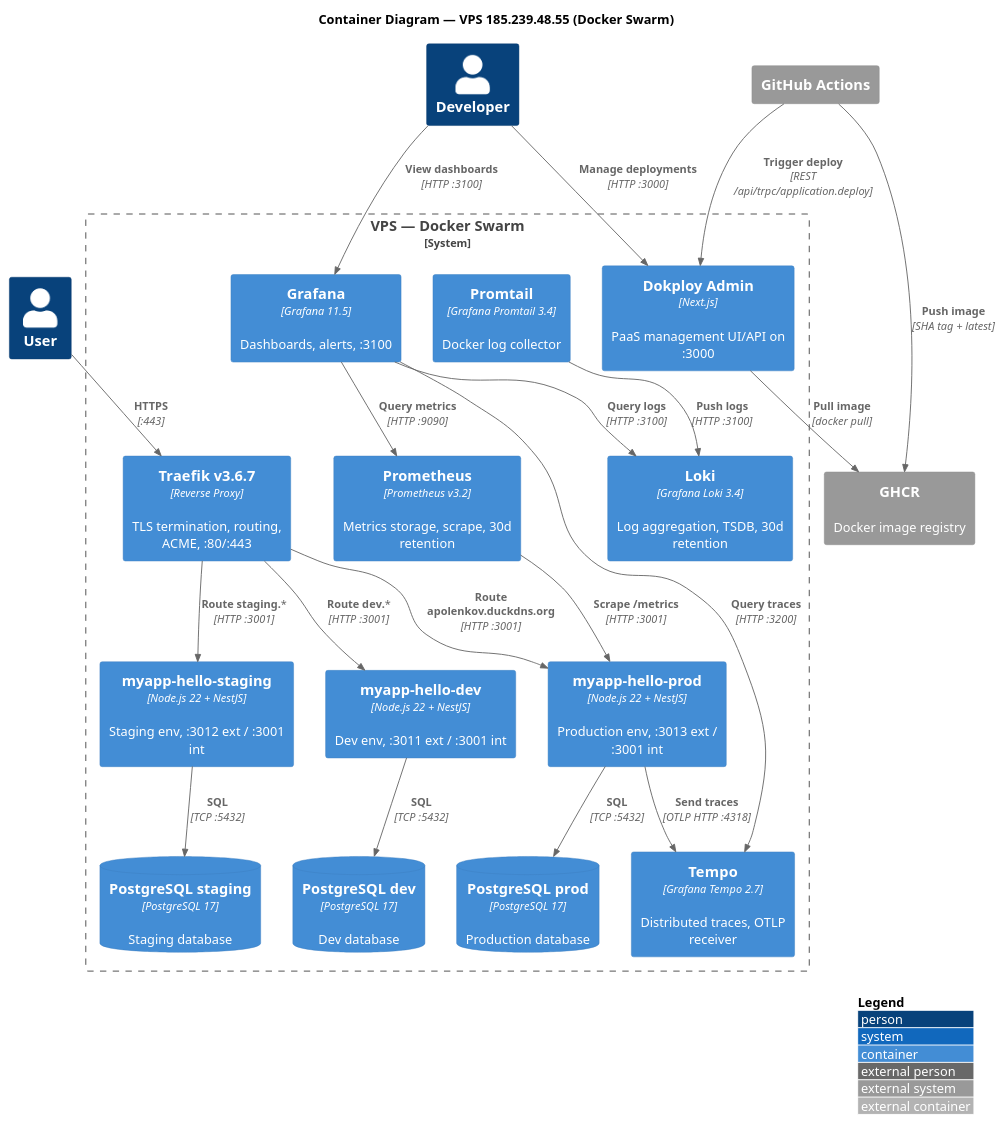
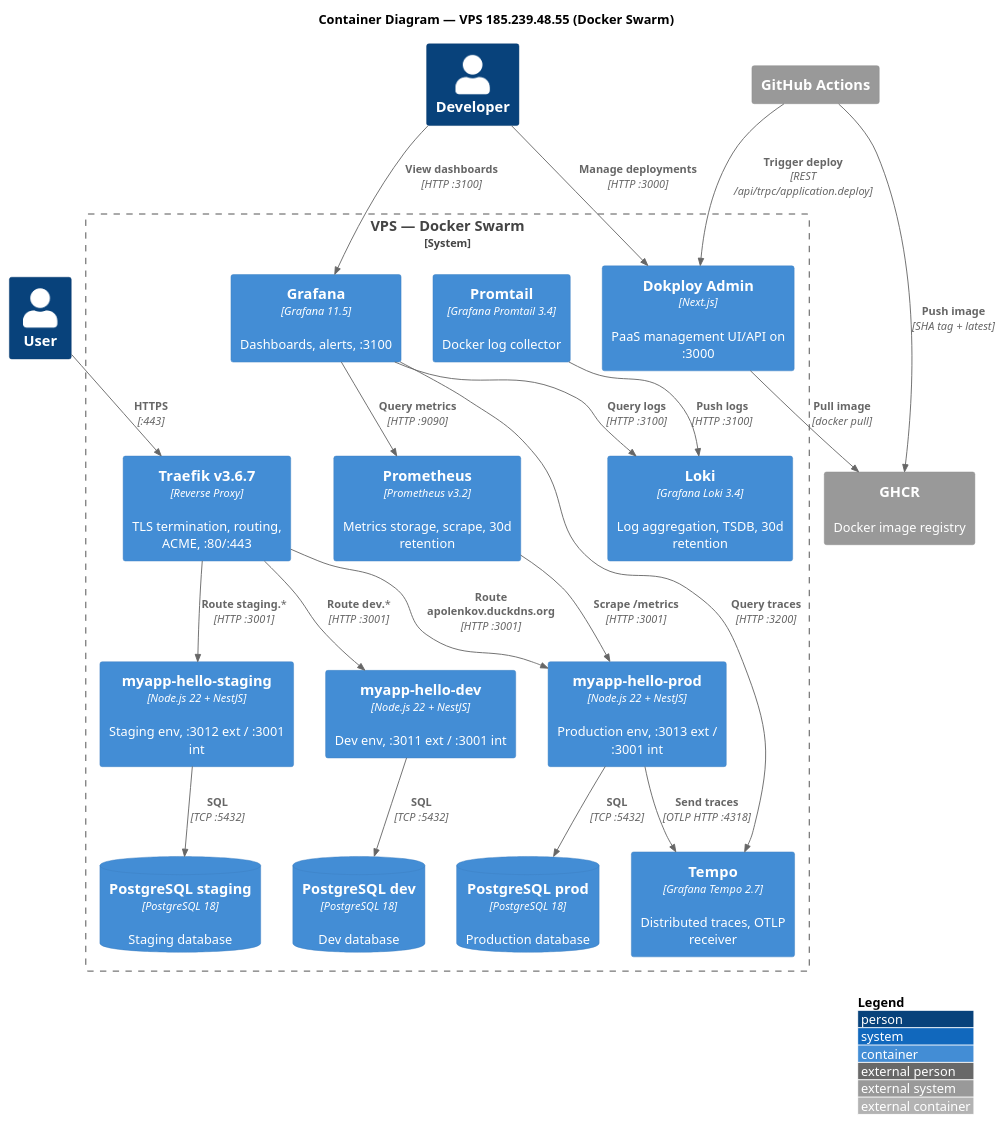
One commit to apolenkov/myapp-hello changed the second of 4 diagrams in docs/architecture.md. Above: the diagram before and after it, drawn with PlantUML. The commit also changed other lines of this file and 3 other files, not shown here.

````diff
--- a/docs/architecture.md
+++ b/docs/architecture.md
@@ -43,44 +43,44 @@
 ```plantuml
 @startuml
 !include https://raw.githubusercontent.com/plantuml-stdlib/C4-PlantUML/master/C4_Container.puml
 title Container Diagram — VPS 185.239.48.55 (Docker Swarm)
 Person(user, "User")
 Person(dev, "Developer")
 System_Boundary(vps, "VPS — Docker Swarm") {
     Container(traefik, "Traefik v3.6.7", "Reverse Proxy", "TLS termination, routing, ACME, :80/:443")
     Container(dokploy_admin, "Dokploy Admin", "Next.js", "PaaS management UI/API on :3000")
     Container(app_prod, "myapp-hello-prod", "Node.js 22 + NestJS", "Production env, :3013 ext / :3001 int")
     Container(app_staging, "myapp-hello-staging", "Node.js 22 + NestJS", "Staging env, :3012 ext / :3001 int")
     Container(app_dev, "myapp-hello-dev", "Node.js 22 + NestJS", "Dev env, :3011 ext / :3001 int")
-    ContainerDb(pg_prod, "PostgreSQL prod", "PostgreSQL 17", "Production database")
-    ContainerDb(pg_staging, "PostgreSQL staging", "PostgreSQL 17", "Staging database")
-    ContainerDb(pg_dev, "PostgreSQL dev", "PostgreSQL 17", "Dev database")
+    ContainerDb(pg_prod, "PostgreSQL prod", "PostgreSQL 18", "Production database")
+    ContainerDb(pg_staging, "PostgreSQL staging", "PostgreSQL 18", "Staging database")
+    ContainerDb(pg_dev, "PostgreSQL dev", "PostgreSQL 18", "Dev database")
     Container(grafana, "Grafana", "Grafana 11.5", "Dashboards, alerts, :3100")
     Container(prometheus, "Prometheus", "Prometheus v3.2", "Metrics storage, scrape, 30d retention")
     Container(loki, "Loki", "Grafana Loki 3.4", "Log aggregation, TSDB, 30d retention")
     Container(tempo, "Tempo", "Grafana Tempo 2.7", "Distributed traces, OTLP receiver")
     Container(promtail, "Promtail", "Grafana Promtail 3.4", "Docker log collector")
 }
 System_Ext(github, "GitHub Actions")
 System_Ext(ghcr, "GHCR", "Docker image registry")
 Rel(user, traefik, "HTTPS", ":443")
 Rel(dev, dokploy_admin, "Manage deployments", "HTTP :3000")
 Rel(dev, grafana, "View dashboards", "HTTP :3100")
 Rel(github, ghcr, "Push image", "SHA tag + latest")
 Rel(github, dokploy_admin, "Trigger deploy", "REST /api/trpc/application.deploy")
 Rel(dokploy_admin, ghcr, "Pull image", "docker pull")
 Rel(traefik, app_prod, "Route apolenkov.duckdns.org", "HTTP :3001")
 Rel(traefik, app_staging, "Route staging.*", "HTTP :3001")
 Rel(traefik, app_dev, "Route dev.*", "HTTP :3001")
 Rel(app_prod, pg_prod, "SQL", "TCP :5432")
 Rel(app_staging, pg_staging, "SQL", "TCP :5432")
 Rel(app_dev, pg_dev, "SQL", "TCP :5432")
 Rel(prometheus, app_prod, "Scrape /metrics", "HTTP :3001")
 Rel(promtail, loki, "Push logs", "HTTP :3100")
 Rel(app_prod, tempo, "Send traces", "OTLP HTTP :4318")
 Rel(grafana, prometheus, "Query metrics", "HTTP :9090")
 Rel(grafana, loki, "Query logs", "HTTP :3100")
 Rel(grafana, tempo, "Query traces", "HTTP :3200")
 LAYOUT_WITH_LEGEND()
 @enduml
 ```
````
